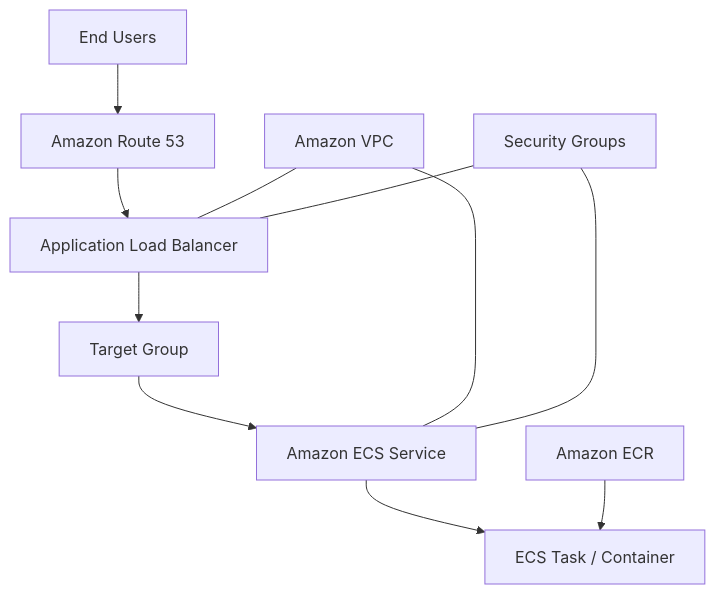
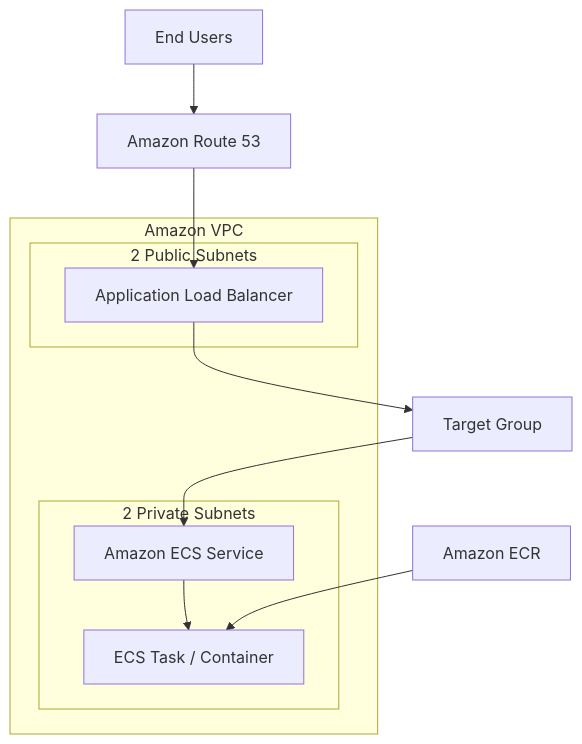
The diagram in README.md (BIKKINENISAIVARSHITH/Portfolio-Application-Deployment-on-AWS-ECS), drawn with Mermaid before and after one commit. The commit also changed other lines of this file, not shown here.

````diff
--- a/README.md
+++ b/README.md
@@ -13,13 +13,19 @@
 ```mermaid
 flowchart TD
     A[End Users] --> B[Amazon Route 53]
     B --> C[Application Load Balancer]
     C --> D[Target Group]
     D --> E[Amazon ECS Service]
     E --> F[ECS Task / Container]
     G[Amazon ECR] --> F
-    H[Amazon VPC] --- C
-    H --- E
-    I[Security Groups] --- C
-    I --- E
+
+    subgraph VPC[Amazon VPC]
+       subgraph Public[2 Public Subnets]
+          C
+       end
+       subgraph Private[2 Private Subnets]
+          E
+          F
+       end
+    end
 ```
````
